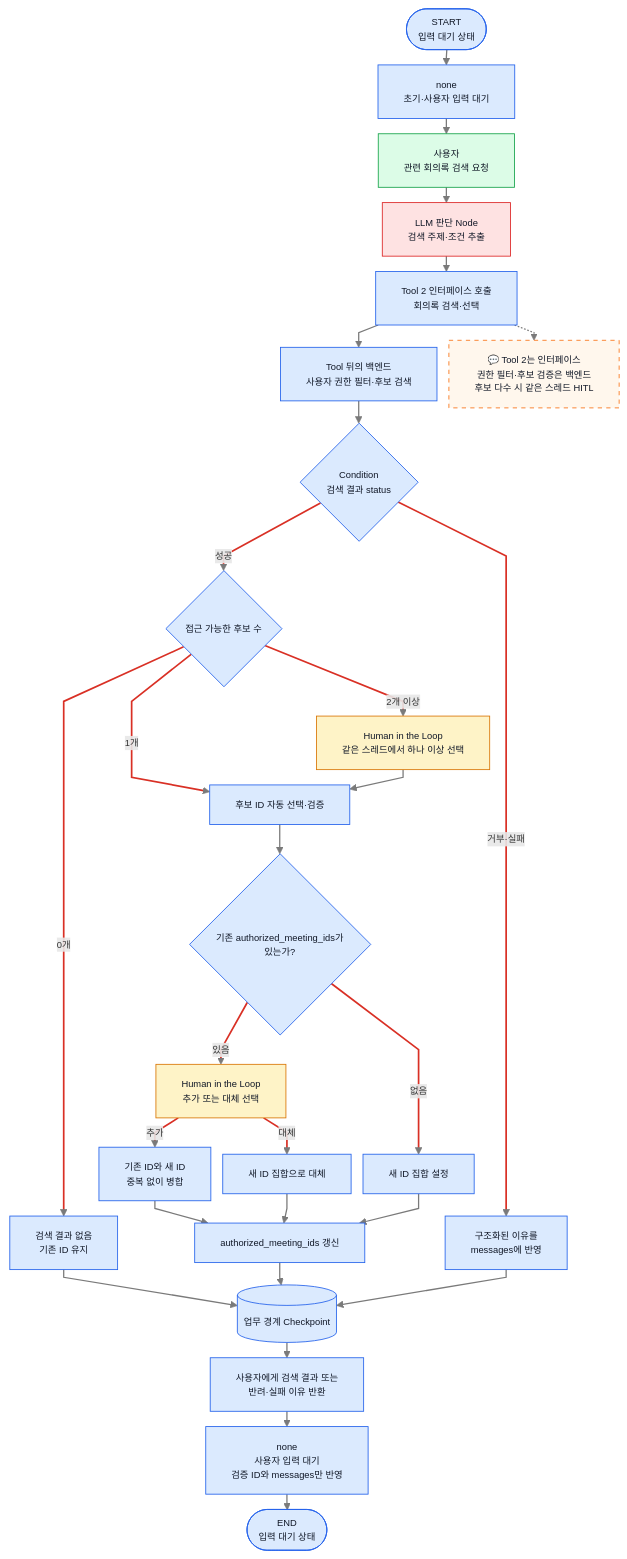
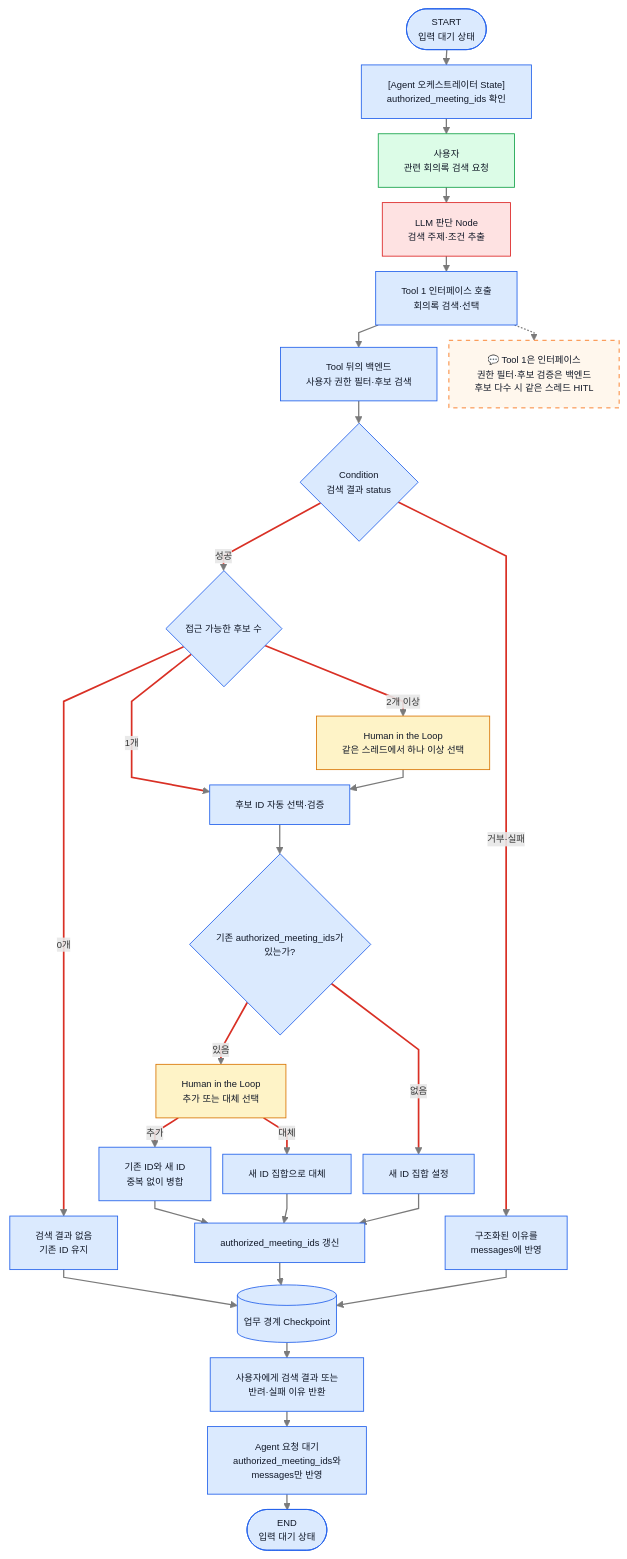
The seventh of 8 diagrams in ZENAI/에이전트 설계/회의록 에이전트 설계/1-2. 회의록 에이전트 워크플로우 Graph 상세.md (ericyum/Obsidian), drawn with Mermaid before and after one commit. The commit also changed other lines of this file and 5 other files, not shown here.

````diff
--- a/ZENAI/에이전트 설계/회의록 에이전트 설계/1-2. 회의록 에이전트 워크플로우 Graph 상세.md
+++ b/ZENAI/에이전트 설계/회의록 에이전트 설계/1-2. 회의록 에이전트 워크플로우 Graph 상세.md
@@ -420,43 +402,43 @@
 ```mermaid
 %%{init: {"flowchart": {"useMaxWidth": true, "nodeSpacing": 14, "rankSpacing": 18, "curve": "linear"}, "themeVariables": {"fontSize": "11px"}}}%%
 flowchart TB
-    S(["START<br/>입력 대기 상태"]) --> ST["none<br/>초기·사용자 입력 대기"]
+    S(["START<br/>입력 대기 상태"]) --> ST["[Agent 오케스트레이터 State]<br/>authorized_meeting_ids 확인"]
     ST --> U["사용자<br/>관련 회의록 검색 요청"]
     U --> A["LLM 판단 Node<br/>검색 주제·조건 추출"]
-    A --> T2["Tool 2 인터페이스 호출<br/>회의록 검색·선택"]
-    T2 --> B["Tool 뒤의 백엔드<br/>사용자 권한 필터·후보 검색"]
+    A --> T1["Tool 1 인터페이스 호출<br/>회의록 검색·선택"]
+    T1 --> B["Tool 뒤의 백엔드<br/>사용자 권한 필터·후보 검색"]
     B --> RC{"Condition<br/>검색 결과 status"}
     RC -->|"거부·실패"| ER["구조화된 이유를<br/>messages에 반영"]
     RC -->|"성공"| C{"접근 가능한 후보 수"}
     C -->|"0개"| N["검색 결과 없음<br/>기존 ID 유지"]
     C -->|"1개"| SEL["후보 ID 자동 선택·검증"]
     C -->|"2개 이상"| H1["Human in the Loop<br/>같은 스레드에서 하나 이상 선택"]
     H1 --> SEL
     SEL --> EX{"기존 authorized_meeting_ids가<br/>있는가?"}
     EX -->|"없음"| SET["새 ID 집합 설정"]
     EX -->|"있음"| H2["Human in the Loop<br/>추가 또는 대체 선택"]
     H2 -->|"추가"| ADD["기존 ID와 새 ID<br/>중복 없이 병합"]
     H2 -->|"대체"| REP["새 ID 집합으로 대체"]
     ADD --> IDs["authorized_meeting_ids 갱신"]
     REP --> IDs
     SET --> IDs
     N --> CP[("업무 경계 Checkpoint")]
     IDs --> CP
     ER --> CP
     CP --> OUT["사용자에게 검색 결과 또는<br/>반려·실패 이유 반환"]
-    OUT --> FS["none<br/>사용자 입력 대기<br/>검증 ID와 messages만 반영"]
+    OUT --> FS["Agent 요청 대기<br/>authorized_meeting_ids와<br/>messages만 반영"]
     FS --> E(["END<br/>입력 대기 상태"])
-    T2 -.-> NT["💬 Tool 2는 인터페이스<br/>권한 필터·후보 검증은 백엔드<br/>후보 다수 시 같은 스레드 HITL"]
+    T1 -.-> NT["💬 Tool 1은 인터페이스<br/>권한 필터·후보 검증은 백엔드<br/>후보 다수 시 같은 스레드 HITL"]
     classDef user fill:#dcfce7,stroke:#16a34a,color:#111827;
     classDef hitl fill:#fef3c7,stroke:#d97706,color:#111827;
     classDef internal fill:#dbeafe,stroke:#2563eb,color:#111827;
     classDef llm fill:#fee2e2,stroke:#dc2626,color:#111827;
     classDef note fill:#fff7ed,stroke:#f97316,color:#111827,stroke-dasharray:5 5;
     class U user;
     class H1,H2 hitl;
     class A llm;
     class NT note;
-    class S,ST,T2,B,RC,ER,C,N,SEL,EX,SET,ADD,REP,IDs,CP,OUT,FS,E internal;
+    class S,ST,T1,B,RC,ER,C,N,SEL,EX,SET,ADD,REP,IDs,CP,OUT,FS,E internal;
     linkStyle default stroke:#7a7a7a,stroke-width:1.5px;
     linkStyle 6,7,8,9,10,13,14,15,16 stroke:#d93025,stroke-width:2px;
 ```
````
